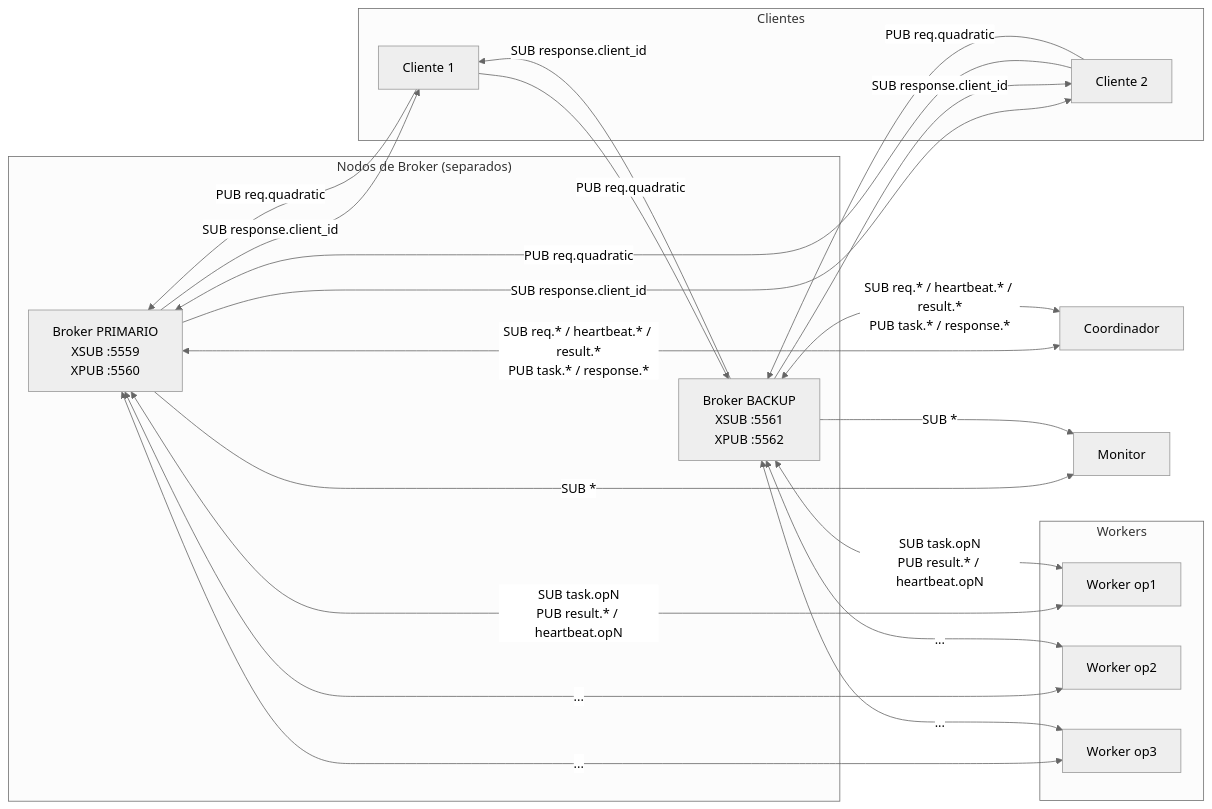
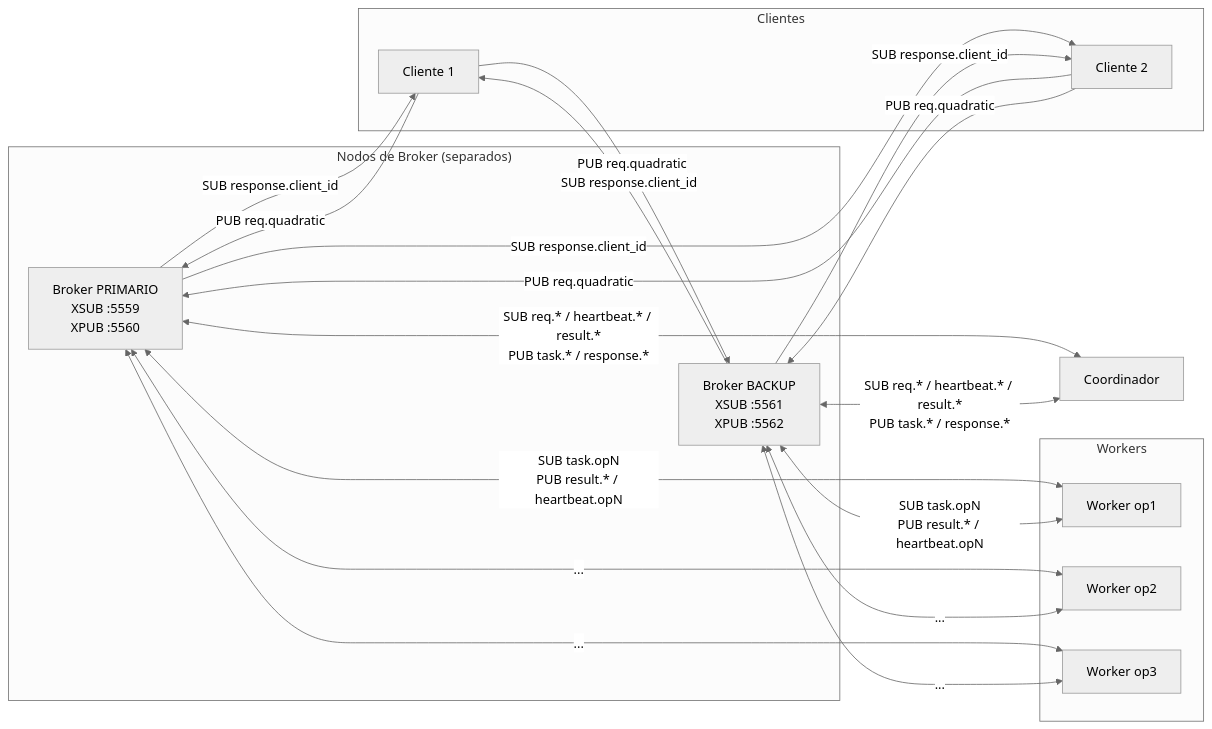
Before and after one commit to valerrera/taller3distribuidos: the first of 5 diagrams in diagramas.md, drawn with Mermaid (neutral theme). The commit also changed other lines of this file and 2 other files, not shown here.

Commit message:
Correcciones implementación taller

````diff
--- a/diagramas.md
+++ b/diagramas.md
@@ -11,45 +11,40 @@
 ```mermaid
 flowchart LR
     subgraph Brokers["Nodos de Broker (separados)"]
         BP["Broker PRIMARIO<br/>XSUB :5559<br/>XPUB :5560"]
         BB["Broker BACKUP<br/>XSUB :5561<br/>XPUB :5562"]
     end
 
     subgraph Clientes
         C1[Cliente 1]
         C2[Cliente 2]
     end
 
     COORD[Coordinador]
 
     subgraph Workers
         OP1[Worker op1]
         OP2[Worker op2]
         OP3[Worker op3]
     end
 
-    MON[Monitor]
-
     C1 -- "PUB req.quadratic" --> BP
     C1 -- "PUB req.quadratic" --> BB
     C2 -- "PUB req.quadratic" --> BP
     C2 -- "PUB req.quadratic" --> BB
 
     BP -- "SUB response.client_id" --> C1
     BB -- "SUB response.client_id" --> C1
     BP -- "SUB response.client_id" --> C2
     BB -- "SUB response.client_id" --> C2
 
     BP <-- "SUB req.* / heartbeat.* / result.*<br/>PUB task.* / response.*" --> COORD
     BB <-- "SUB req.* / heartbeat.* / result.*<br/>PUB task.* / response.*" --> COORD
 
     BP <-- "SUB task.opN<br/>PUB result.* / heartbeat.opN" --> OP1
     BB <-- "SUB task.opN<br/>PUB result.* / heartbeat.opN" --> OP1
     BP <-- "..." --> OP2
     BB <-- "..." --> OP2
     BP <-- "..." --> OP3
     BB <-- "..." --> OP3
-
-    BP -- "SUB *" --> MON
-    BB -- "SUB *" --> MON
 ```
````
